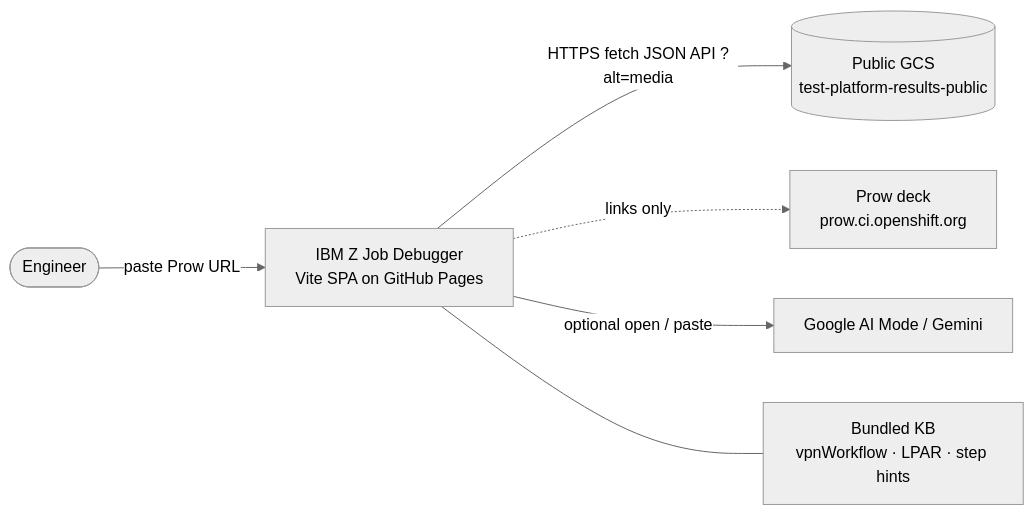
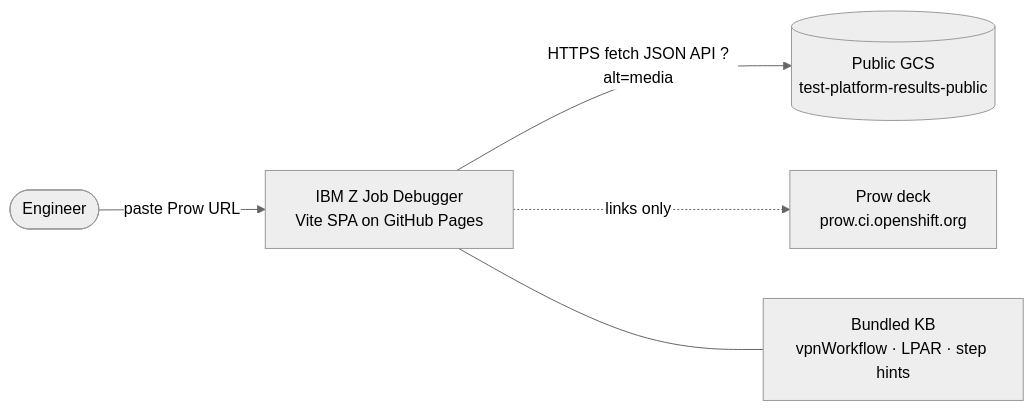
Before and after one commit to ibm-adarsh/ci-analyzer: the first of 6 diagrams in web/ARCHITECTURE.md, drawn with Mermaid (neutral theme). The commit also changed other lines of this file and 4 other files, not shown here.

````diff
--- a/web/ARCHITECTURE.md
+++ b/web/ARCHITECTURE.md
@@ -11,8 +11,7 @@
 ```mermaid
 flowchart LR
   User([Engineer]) -->|paste Prow URL| App[IBM Z Job Debugger<br/>Vite SPA on GitHub Pages]
   App -->|HTTPS fetch JSON API ?alt=media| GCS[(Public GCS<br/>test-platform-results-public)]
   App -.->|links only| Prow[Prow deck<br/>prow.ci.openshift.org]
-  App -->|optional open / paste| Gemini[Google AI Mode / Gemini]
   App --- Static[Bundled KB<br/>vpnWorkflow · LPAR · step hints]
 ```
````
